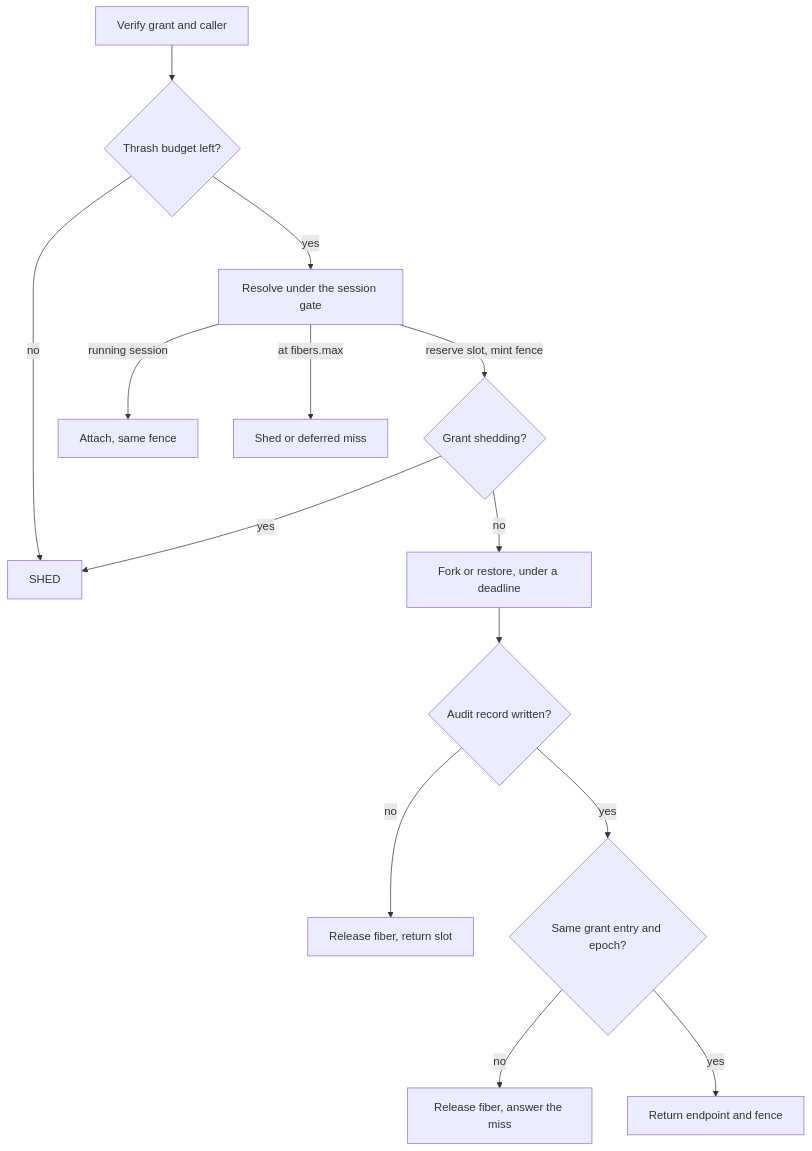
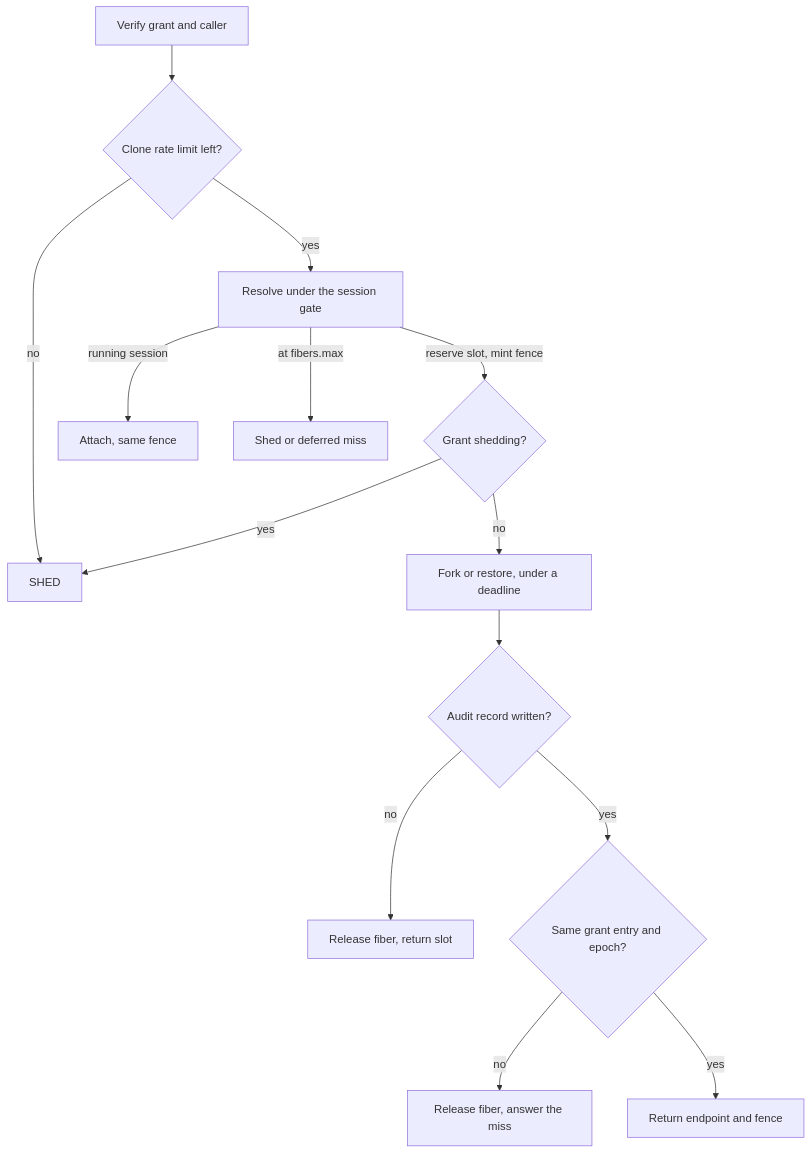
The second of 2 diagrams in docs/design/core.md (helayoty/fiberd), drawn with Mermaid before and after one commit. The commit also changed other lines of this file and 286 other files, not shown here.

Commit message:
Call the process fiberd and drop the lane, thrash budget and fabric names

````diff
--- a/docs/design/core.md
+++ b/docs/design/core.md
@@ -25,16 +25,16 @@
 ```mermaid
 flowchart TD
-  V[Verify grant and caller] --> B{Thrash budget left?}
+  V[Verify grant and caller] --> B{Clone rate limit left?}
   B -- no --> SHED
   B -- yes --> R[Resolve under the session gate]
   R -- running session --> AT[Attach, same fence]
   R -- at fibers.max --> MISS[Shed or deferred miss]
   R -- reserve slot, mint fence --> S{Grant shedding?}
   S -- yes --> SHED
   S -- no --> RT[Fork or restore, under a deadline]
   RT --> AU{Audit record written?}
   AU -- no --> RB[Release fiber, return slot]
   AU -- yes --> C{Same grant entry and epoch?}
   C -- no --> RL[Release fiber, answer the miss]
   C -- yes --> OK[Return endpoint and fence]
 ```
````
